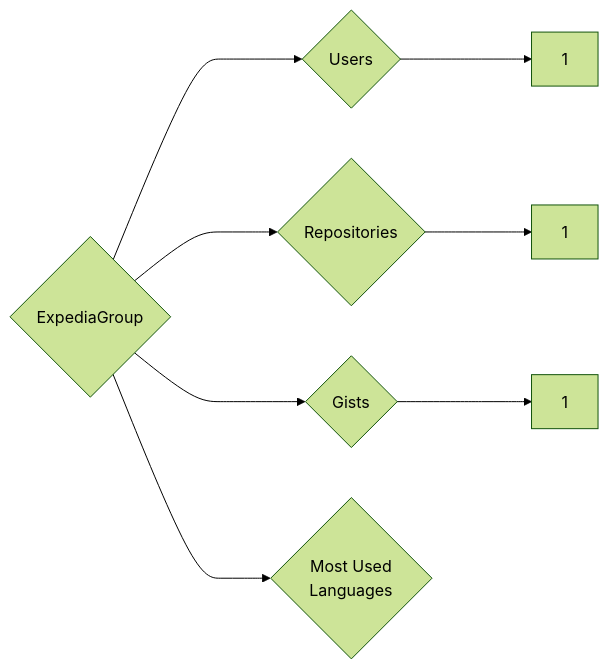
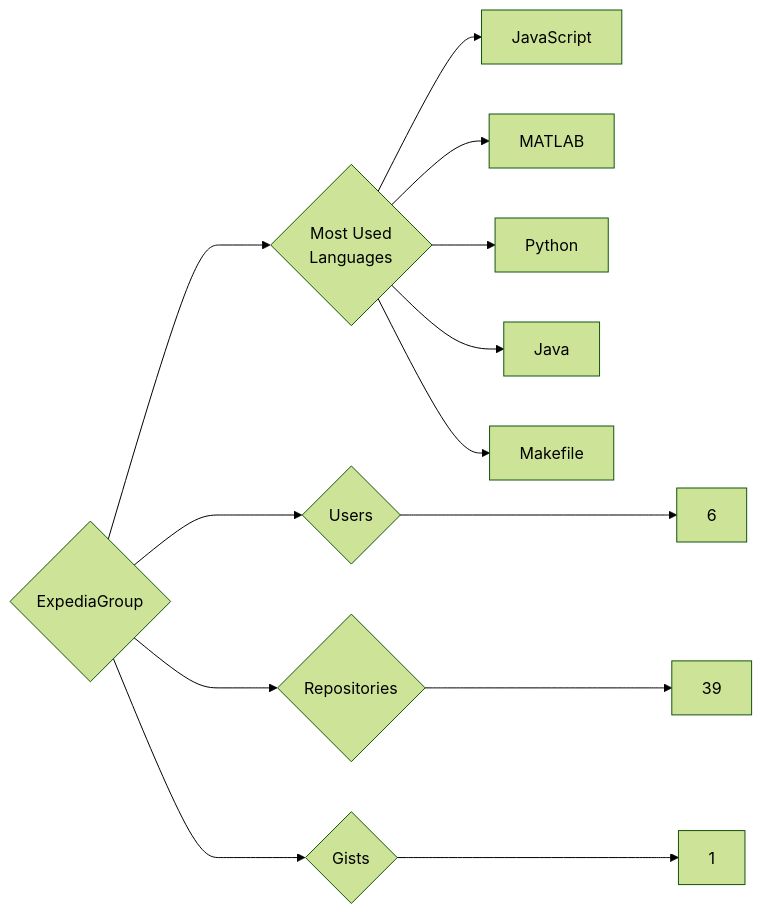
Before and after one commit to trickest/insiders: the diagram in targets/ExpediaGroup/README.md, drawn with Mermaid (forest theme). The commit also changed 1175 other files, not shown here.

````diff
--- a/targets/ExpediaGroup/README.md
+++ b/targets/ExpediaGroup/README.md
@@ -3,8 +3,13 @@
 ```mermaid
 graph LR
 COMPANY_NAME{ExpediaGroup}
-COMPANY_NAME ---> U{Users} ---> UN[1]
-COMPANY_NAME ---> R{Repositories} ---> RN[1]
+COMPANY_NAME ---> U{Users} ---> UN[6]
+COMPANY_NAME ---> R{Repositories} ---> RN[39]
 COMPANY_NAME ---> G{Gists} ---> GN[1]
 COMPANY_NAME ---> ML{Most Used<br>Languages}
+ML --> JavaScript[JavaScript]
+ML --> MATLAB[MATLAB]
+ML --> Python[Python]
+ML --> Java[Java]
+ML --> Makefile[Makefile]
 ```
````
